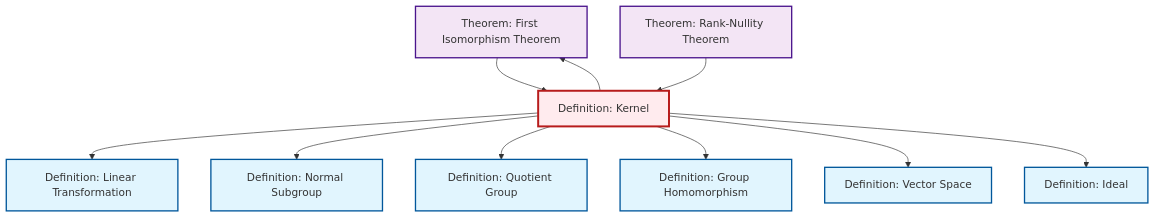
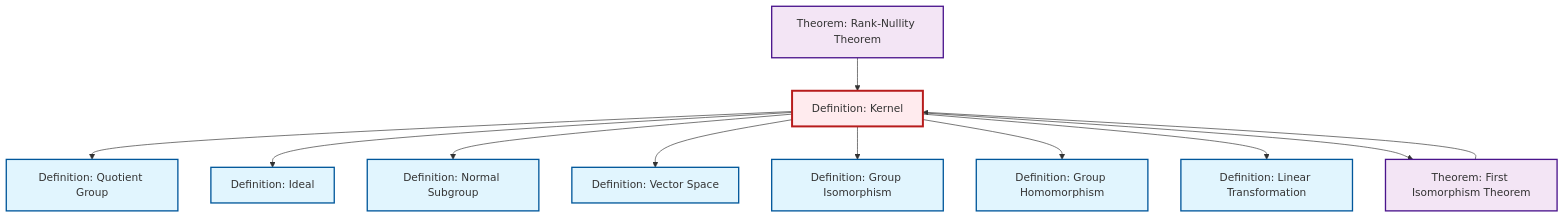
Before and after one commit to RK0429/ModernMath: the diagram in content/ja/algebra/def-kernel.qmd, drawn with Mermaid. The commit also changed 581 other files, not shown here.

````diff
--- a/content/ja/algebra/def-kernel.qmd
+++ b/content/ja/algebra/def-kernel.qmd
@@ -81,36 +81,39 @@
 ```{mermaid}
 %%| fig-cap: "Local dependency graph"
 graph TD
     classDef definition fill:#e1f5fe,stroke:#01579b,stroke-width:2px
     classDef theorem fill:#f3e5f5,stroke:#4a148c,stroke-width:2px
     classDef axiom fill:#fff3e0,stroke:#e65100,stroke-width:2px
     classDef example fill:#e8f5e9,stroke:#1b5e20,stroke-width:2px
     classDef current fill:#ffebee,stroke:#b71c1c,stroke-width:3px
-    def-homomorphism["Definition: Group Homomorphism"]:::definition
-    def-ideal["Definition: Ideal"]:::definition
-    thm-first-isomorphism["Theorem: First Isomorphism Theorem"]:::theorem
-    def-linear-transformation["Definition: Linear Transformation"]:::definition
-    def-quotient-group["Definition: Quotient Group"]:::definition
     def-vector-space["Definition: Vector Space"]:::definition
     thm-rank-nullity["Theorem: Rank-Nullity Theorem"]:::theorem
+    def-quotient-group["Definition: Quotient Group"]:::definition
+    def-ideal["Definition: Ideal"]:::definition
+    def-linear-transformation["Definition: Linear Transformation"]:::definition
+    def-isomorphism["Definition: Group Isomorphism"]:::definition
     def-kernel["Definition: Kernel"]:::definition
+    thm-first-isomorphism["Theorem: First Isomorphism Theorem"]:::theorem
+    def-homomorphism["Definition: Group Homomorphism"]:::definition
     def-normal-subgroup["Definition: Normal Subgroup"]:::definition
+    def-kernel --> def-quotient-group
+    thm-rank-nullity --> def-kernel
+    thm-first-isomorphism --> def-kernel
+    def-kernel --> def-ideal
+    def-kernel --> def-normal-subgroup
+    def-kernel --> def-vector-space
+    def-kernel --> def-isomorphism
+    def-kernel --> def-homomorphism
     def-kernel --> def-linear-transformation
-    def-kernel --> def-normal-subgroup
-    def-kernel --> def-quotient-group
-    def-kernel --> def-homomorphism
-    def-kernel --> def-vector-space
     def-kernel --> thm-first-isomorphism
-    thm-first-isomorphism --> def-kernel
-    thm-rank-nullity --> def-kernel
-    def-kernel --> def-ideal
     class def-kernel current
-    click def-homomorphism "def-homomorphism.html" "Definition: Group Homomorphismへ"
-    click def-ideal "def-ideal.html" "Definition: Idealへ"
-    click thm-first-isomorphism "thm-first-isomorphism.html" "Theorem: First Isomorphism Theoremへ"
-    click def-linear-transformation "def-linear-transformation.html" "Definition: Linear Transformationへ"
-    click def-quotient-group "def-quotient-group.html" "Definition: Quotient Groupへ"
     click def-vector-space "def-vector-space.html" "Definition: Vector Spaceへ"
     click thm-rank-nullity "thm-rank-nullity.html" "Theorem: Rank-Nullity Theoremへ"
+    click def-quotient-group "def-quotient-group.html" "Definition: Quotient Groupへ"
+    click def-ideal "def-ideal.html" "Definition: Idealへ"
+    click def-linear-transformation "def-linear-transformation.html" "Definition: Linear Transformationへ"
+    click def-isomorphism "def-isomorphism.html" "Definition: Group Isomorphismへ"
+    click thm-first-isomorphism "thm-first-isomorphism.html" "Theorem: First Isomorphism Theoremへ"
+    click def-homomorphism "def-homomorphism.html" "Definition: Group Homomorphismへ"
     click def-normal-subgroup "def-normal-subgroup.html" "Definition: Normal Subgroupへ"
 ```
````
